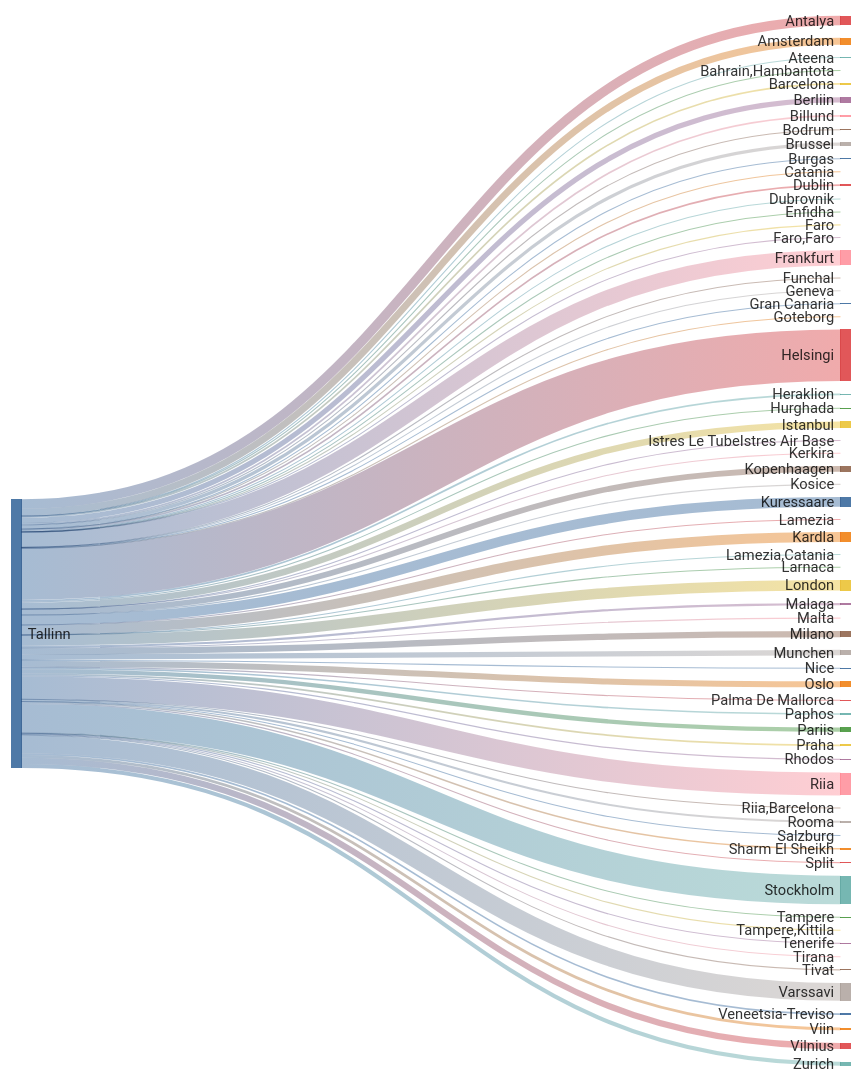
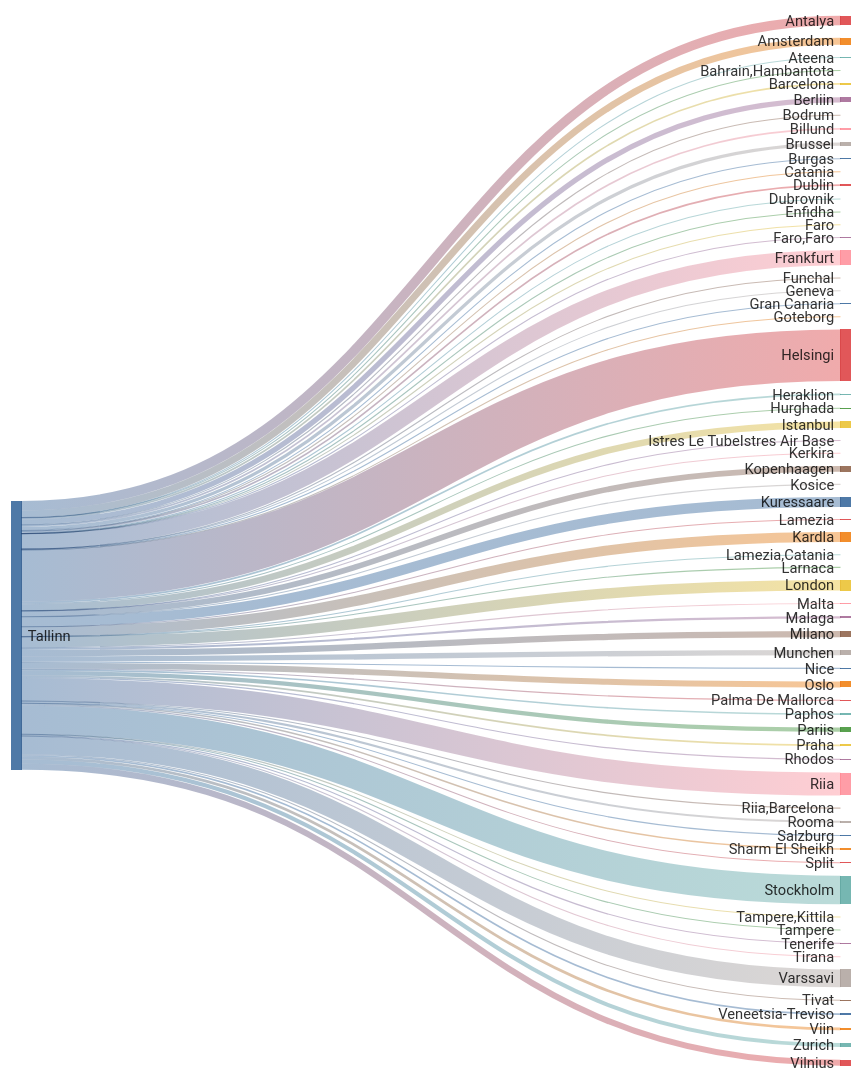
The second of 2 diagrams in README.md (rainermesi/tll-airport-departures), drawn with Mermaid before and after one commit. The commit also changed other lines of this file, not shown here.

````diff
--- a/README.md
+++ b/README.md
@@ -34,76 +34,76 @@
 ```mermaid
 ---
 config:
   sankey:
     showValues: false
     width: 800
     height: 1000
 ---
 sankey-beta
 %% source,target,value
-Tallinn,Amsterdam,190
+Tallinn,Amsterdam,191
 Tallinn,Antalya,264
 Tallinn,Ateena,16
 Tallinn,"Bahrain,Hambantota",1
 Tallinn,Barcelona,45
 Tallinn,Berliin,146
 Tallinn,Billund,49
 Tallinn,Bodrum,11
-Tallinn,Brussel,91
+Tallinn,Brussel,92
 Tallinn,Burgas,21
 Tallinn,Catania,2
 Tallinn,Dublin,46
 Tallinn,Dubrovnik,21
 Tallinn,Enfidha,7
 Tallinn,Faro,4
 Tallinn,"Faro,Faro",1
-Tallinn,Frankfurt,424
+Tallinn,Frankfurt,426
 Tallinn,Funchal,5
 Tallinn,Geneva,2
-Tallinn,Gran Canaria,21
+Tallinn,Gran Canaria,22
 Tallinn,Goteborg,1
-Tallinn,Helsingi,1436
+Tallinn,Helsingi,1443
 Tallinn,Heraklion,46
 Tallinn,Hurghada,29
-Tallinn,Istanbul,182
+Tallinn,Istanbul,183
 Tallinn,Istres Le TubeIstres Air Base,2
 Tallinn,Kerkira,4
-Tallinn,Kopenhaagen,161
+Tallinn,Kopenhaagen,162
 Tallinn,Kosice,1
-Tallinn,Kuressaare,275
-Tallinn,Kardla,275
+Tallinn,Kuressaare,277
+Tallinn,Kardla,277
 Tallinn,Lamezia,1
 Tallinn,"Lamezia,Catania",3
 Tallinn,Larnaca,4
-Tallinn,London,294
+Tallinn,London,296
 Tallinn,Malaga,59
 Tallinn,Malta,15
 Tallinn,Milano,175
-Tallinn,Munchen,151
+Tallinn,Munchen,152
 Tallinn,Nice,25
 Tallinn,Oslo,167
 Tallinn,Palma De Mallorca,19
 Tallinn,Paphos,45
 Tallinn,Pariis,122
 Tallinn,Praha,49
 Tallinn,Rhodos,32
-Tallinn,Riia,639
+Tallinn,Riia,643
 Tallinn,"Riia,Barcelona",1
-Tallinn,Rooma,58
+Tallinn,Rooma,59
 Tallinn,Salzburg,3
 Tallinn,Sharm El Sheikh,42
 Tallinn,Split,25
-Tallinn,Stockholm,798
+Tallinn,Stockholm,800
 Tallinn,Tampere,17
 Tallinn,"Tampere,Kittila",3
-Tallinn,Tenerife,31
+Tallinn,Tenerife,32
 Tallinn,Tirana,8
 Tallinn,Tivat,26
-Tallinn,Varssavi,495
+Tallinn,Varssavi,498
 Tallinn,Veneetsia-Treviso,46
 Tallinn,Viin,77
-Tallinn,Vilnius,171
+Tallinn,Vilnius,172
 Tallinn,Zurich,115
 
 
 ```
````
